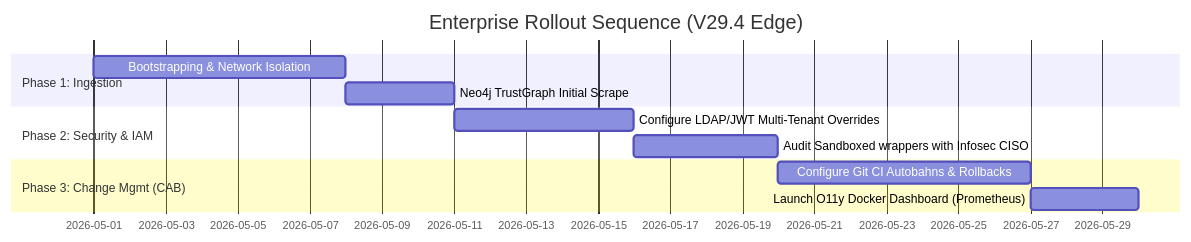
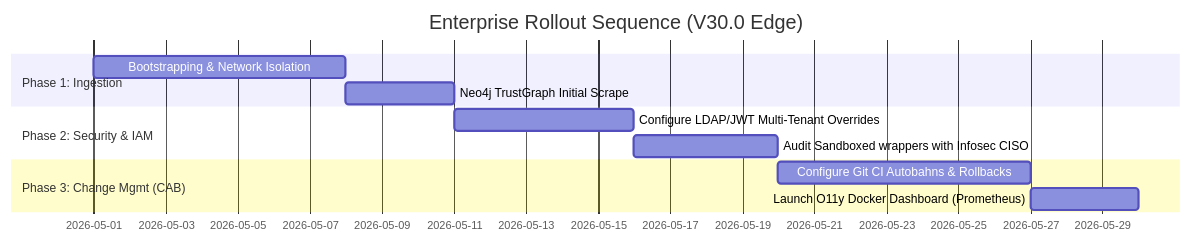
Diagram 14 of 14 in ENTERPRISE_ARCHITECTURE.md (huudangdev/.agents), drawn with Mermaid before and after one commit. The commit also changed other lines of this file and 97 other files, not shown here.

````diff
--- a/ENTERPRISE_ARCHITECTURE.md
+++ b/ENTERPRISE_ARCHITECTURE.md
@@ -366,14 +401,14 @@
 ```mermaid
 gantt
-    title Enterprise Rollout Sequence (V29.4 Edge)
+    title Enterprise Rollout Sequence (V30.0 Edge)
     dateFormat  YYYY-MM-DD
     section Phase 1: Ingestion
     Bootstrapping & Network Isolation :a1, 2026-05-01, 7d
     Neo4j TrustGraph Initial Scrape   :a2, after a1  , 3d
     section Phase 2: Security & IAM
     Configure LDAP/JWT Multi-Tenant Overrides :b1, 2026-05-11, 5d
     Audit Sandboxed wrappers with Infosec CISO :b2, after b1  , 4d
     section Phase 3: Change Mgmt (CAB)
     Configure Git CI Autobahns & Rollbacks     :c1, 2026-05-20, 7d
     Launch O11y Docker Dashboard (Prometheus)  :c2, after c1 , 3d
 ```
````
